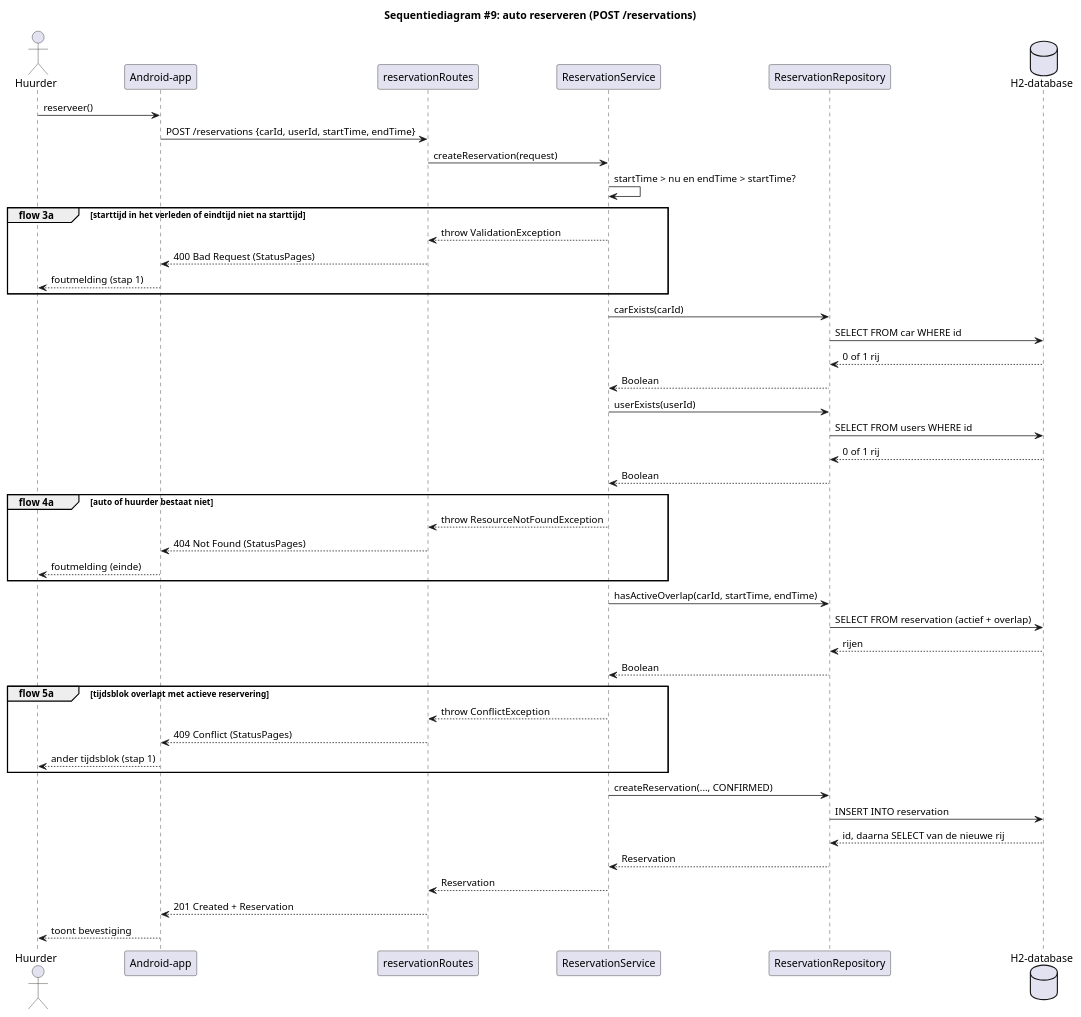
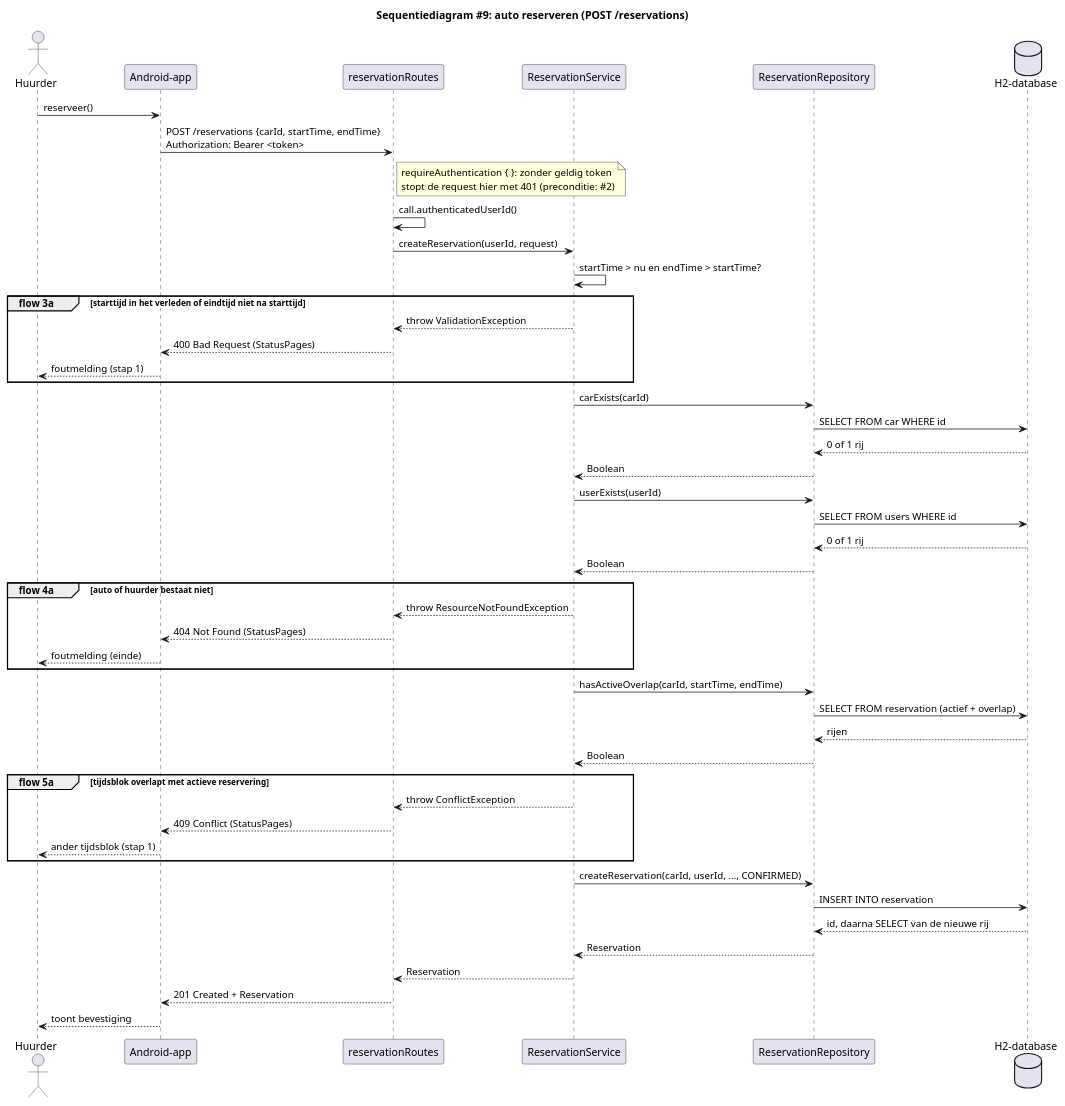
One commit to MarkPrins18/hbo-leerjaar2 changed the diagram in diagrams/sequence/ReserveCar.puml. Above: the diagram before and after it, drawn with PlantUML. The commit also changed 5 other files, not shown here.

First line of the commit message:
Diagrammen gelijkgetrokken met de code

```diff
--- a/diagrams/sequence/ReserveCar.puml
+++ b/diagrams/sequence/ReserveCar.puml
@@ -1,56 +1,61 @@
 @startuml ReserveCar
 title Sequentiediagram #9: auto reserveren (POST /reservations)
 
 actor Huurder as g
 participant "Android-app" as app
 participant "reservationRoutes" as rt
 participant "ReservationService" as svc
 participant "ReservationRepository" as repo
 database "H2-database" as db
 
 g -> app : reserveer()
-app -> rt : POST /reservations {carId, userId, startTime, endTime}
-rt -> svc : createReservation(request)
+app -> rt : POST /reservations {carId, startTime, endTime}\nAuthorization: Bearer <token>
+note right of rt
+  requireAuthentication { }: zonder geldig token
+  stopt de request hier met 401 (preconditie: #2)
+end note
+rt -> rt : call.authenticatedUserId()
+rt -> svc : createReservation(userId, request)
 svc -> svc : startTime > nu en endTime > startTime?
 
 group flow 3a [starttijd in het verleden of eindtijd niet na starttijd]
     svc --> rt : throw ValidationException
     rt --> app : 400 Bad Request (StatusPages)
     app --> g : foutmelding (stap 1)
 end
 
 svc -> repo : carExists(carId)
 repo -> db : SELECT FROM car WHERE id
 db --> repo : 0 of 1 rij
 repo --> svc : Boolean
 svc -> repo : userExists(userId)
 repo -> db : SELECT FROM users WHERE id
 db --> repo : 0 of 1 rij
 repo --> svc : Boolean
 
 group flow 4a [auto of huurder bestaat niet]
     svc --> rt : throw ResourceNotFoundException
     rt --> app : 404 Not Found (StatusPages)
     app --> g : foutmelding (einde)
 end
 
 svc -> repo : hasActiveOverlap(carId, startTime, endTime)
 repo -> db : SELECT FROM reservation (actief + overlap)
 db --> repo : rijen
 repo --> svc : Boolean
 
 group flow 5a [tijdsblok overlapt met actieve reservering]
     svc --> rt : throw ConflictException
     rt --> app : 409 Conflict (StatusPages)
     app --> g : ander tijdsblok (stap 1)
 end
 
-svc -> repo : createReservation(..., CONFIRMED)
+svc -> repo : createReservation(carId, userId, ..., CONFIRMED)
 repo -> db : INSERT INTO reservation
 db --> repo : id, daarna SELECT van de nieuwe rij
 repo --> svc : Reservation
 svc --> rt : Reservation
 rt --> app : 201 Created + Reservation
 app --> g : toont bevestiging
 
 @enduml
```
